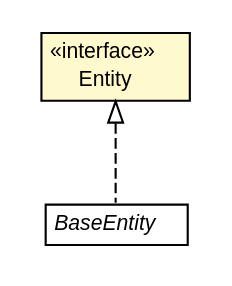
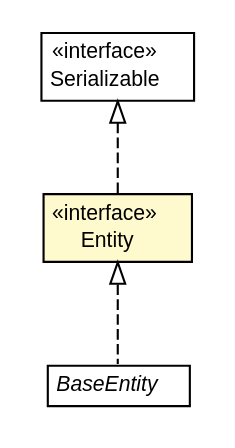
One commit to dayatang/dddlib changed the diagram in dddlib-domain/apidocs/org/dayatang/domain/Entity.dot. Above: the diagram before and after it, drawn with Graphviz. The commit also changed 869 other files, not shown here.

```diff
--- a/dddlib-domain/apidocs/org/dayatang/domain/Entity.dot
+++ b/dddlib-domain/apidocs/org/dayatang/domain/Entity.dot
@@ -1,27 +1,36 @@
 #!/usr/local/bin/dot
 #
 # Class diagram 
 # Generated by UMLGraph version R5_6_6-8-g8d7759 (http://www.umlgraph.org/)
 #
 
 digraph G {
 	edge [fontname="Helvetica",fontsize=10,labelfontname="Helvetica",labelfontsize=10];
 	node [fontname="Helvetica",fontsize=10,shape=plaintext];
 	nodesep=0.25;
 	ranksep=0.5;
 	// org.dayatang.domain.Entity
-	c1818 [label=<<table title="org.dayatang.domain.Entity" border="0" cellborder="1" cellspacing="0" cellpadding="2" port="p" bgcolor="lemonChiffon" href="./Entity.html">
+	c1799 [label=<<table title="org.dayatang.domain.Entity" border="0" cellborder="1" cellspacing="0" cellpadding="2" port="p" bgcolor="lemonChiffon" href="./Entity.html">
 		<tr><td><table border="0" cellspacing="0" cellpadding="1">
 <tr><td align="center" balign="center"> &#171;interface&#187; </td></tr>
 <tr><td align="center" balign="center"> Entity </td></tr>
 		</table></td></tr>
 		</table>>, URL="./Entity.html", fontname="Helvetica", fontcolor="black", fontsize=10.0];
 	// org.dayatang.domain.BaseEntity
-	c1823 [label=<<table title="org.dayatang.domain.BaseEntity" border="0" cellborder="1" cellspacing="0" cellpadding="2" port="p" href="./BaseEntity.html">
+	c1804 [label=<<table title="org.dayatang.domain.BaseEntity" border="0" cellborder="1" cellspacing="0" cellpadding="2" port="p" href="./BaseEntity.html">
 		<tr><td><table border="0" cellspacing="0" cellpadding="1">
 <tr><td align="center" balign="center"><font face="Helvetica-Oblique"> BaseEntity </font></td></tr>
 		</table></td></tr>
 		</table>>, URL="./BaseEntity.html", fontname="Helvetica", fontcolor="black", fontsize=10.0];
+	//org.dayatang.domain.Entity implements java.io.Serializable
+	c1853:p -> c1799:p [dir=back,arrowtail=empty,style=dashed];
 	//org.dayatang.domain.BaseEntity implements org.dayatang.domain.Entity
-	c1818:p -> c1823:p [dir=back,arrowtail=empty,style=dashed];
+	c1799:p -> c1804:p [dir=back,arrowtail=empty,style=dashed];
+	// java.io.Serializable
+	c1853 [label=<<table title="java.io.Serializable" border="0" cellborder="1" cellspacing="0" cellpadding="2" port="p" href="http://download.oracle.com/javase/7/docs/api/java/io/Serializable.html">
+		<tr><td><table border="0" cellspacing="0" cellpadding="1">
+<tr><td align="center" balign="center"> &#171;interface&#187; </td></tr>
+<tr><td align="center" balign="center"> Serializable </td></tr>
+		</table></td></tr>
+		</table>>, URL="http://download.oracle.com/javase/7/docs/api/java/io/Serializable.html", fontname="Helvetica", fontcolor="black", fontsize=10.0];
 }
```
